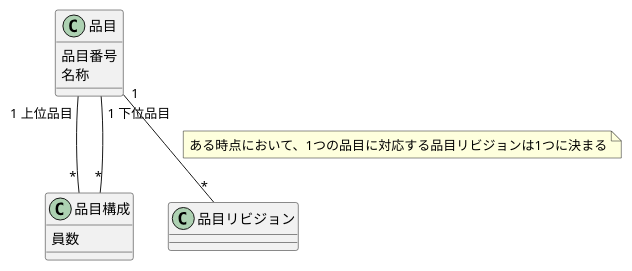
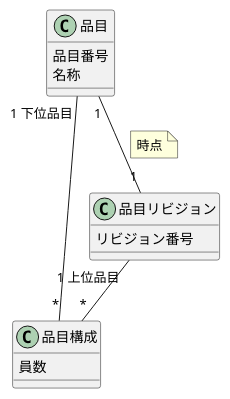
Before and after one commit to yinm/uml-modeling-lesson: the diagram in ch11/excercise/11-3.puml, drawn with PlantUML. The commit also changed 2 other files, not shown here.

```diff
--- a/ch11/excercise/11-3.puml
+++ b/ch11/excercise/11-3.puml
@@ -1,19 +1,21 @@
 @startuml
 
 class 品目 {
   品目番号
   名称
 }
 
 class 品目構成 {
   員数
 }
 
-class 品目リビジョン
+class 品目リビジョン {
+  リビジョン番号
+}
 
-品目 "1 上位品目"--"*" 品目構成
 品目 "1 下位品目"--"*" 品目構成
-品目 "1"--"*" 品目リビジョン
-note on link : ある時点において、1つの品目に対応する品目リビジョンは1つに決まる
+品目 "1"--"1" 品目リビジョン
+note on link : 時点
+品目リビジョン "1 上位品目"--"*" 品目構成
 
 @enduml
```
